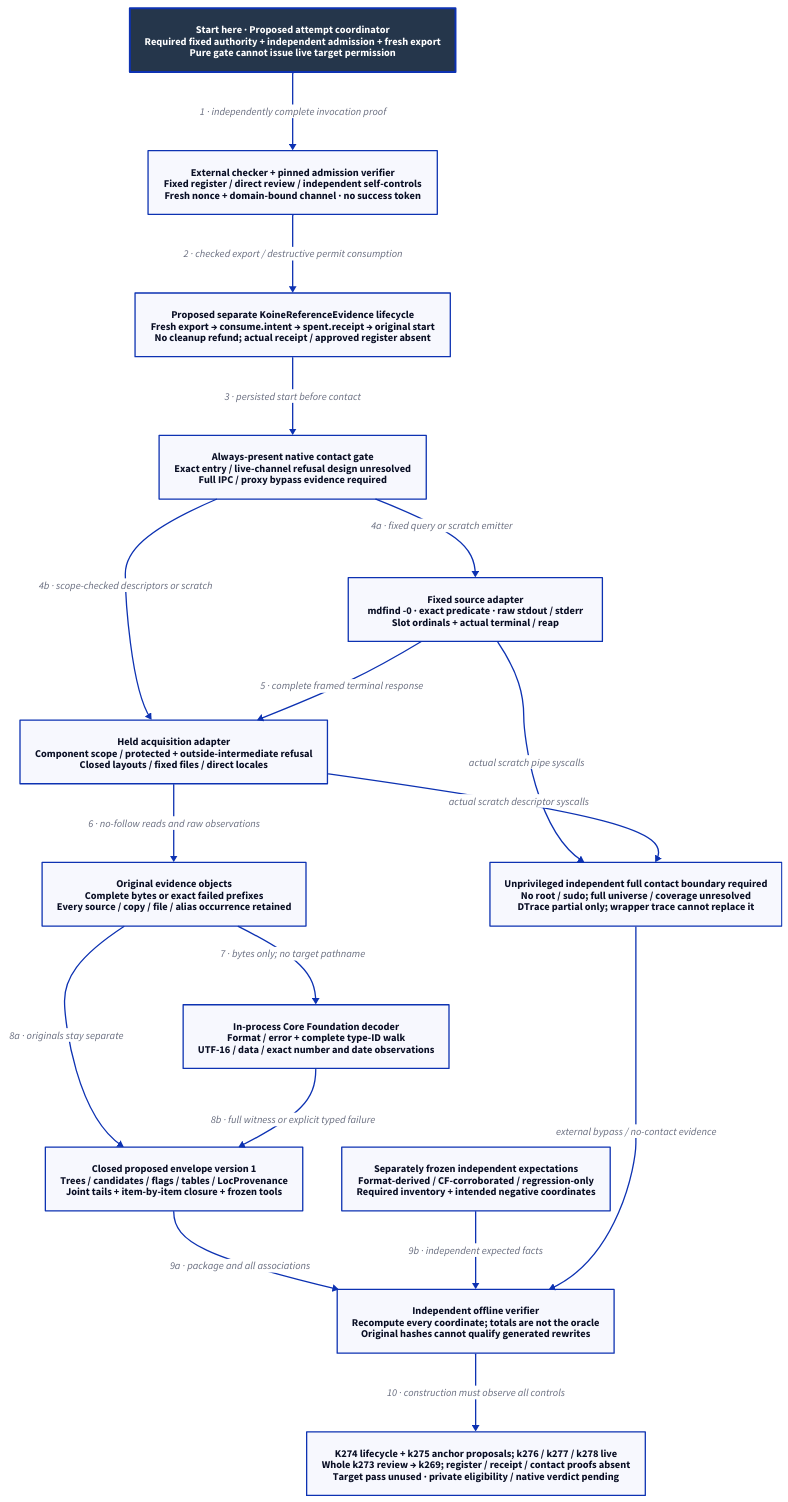
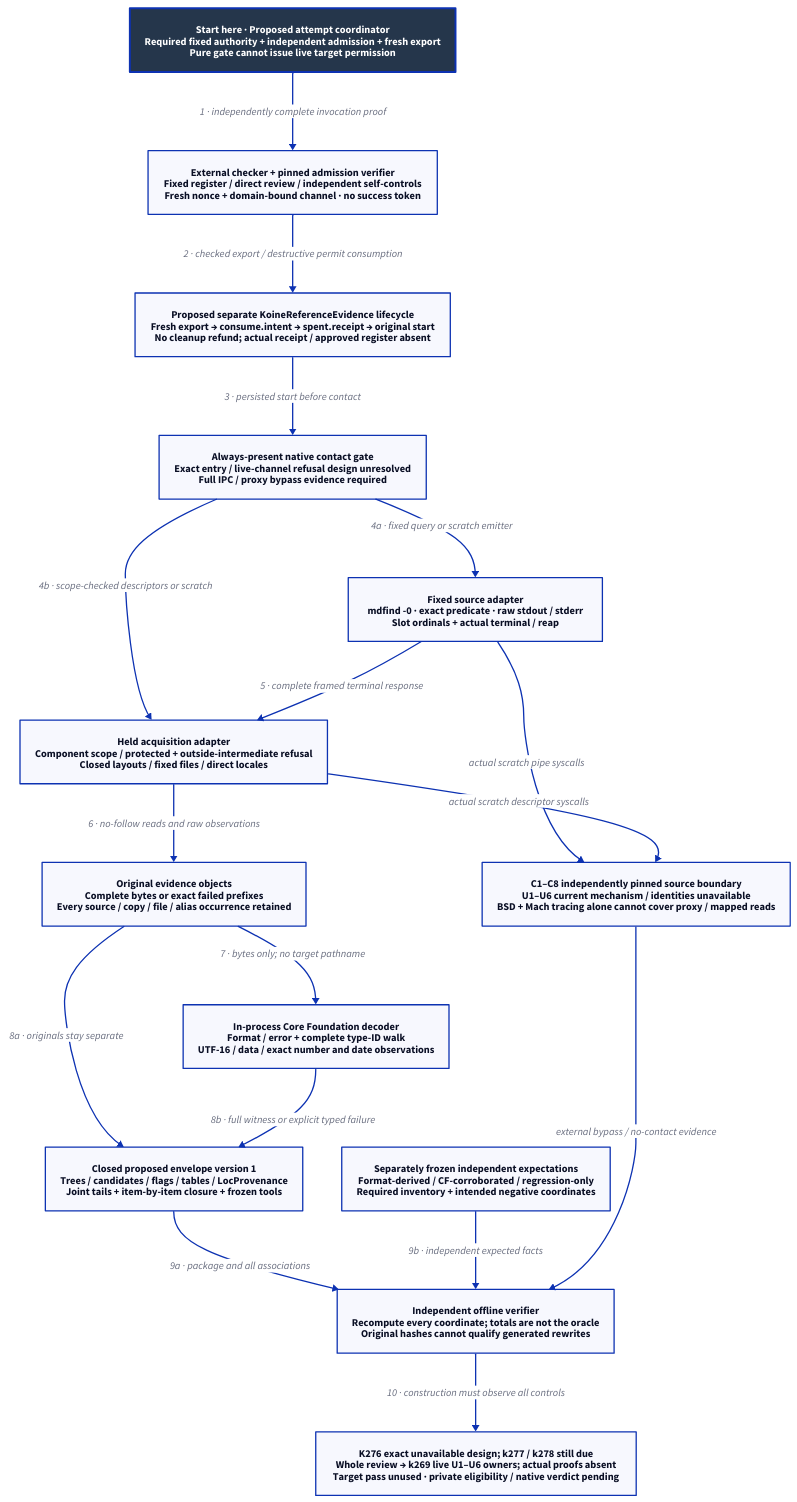
The diagram in docs/design/architecture/native-reference-instrument.d2 (Linkuistics/Koine), drawn with D2 before and after one commit. The commit also changed 28 other files, not shown here.

Commit message:
Design full reference contact boundary (reference-evidence-full-contact-boundary-k276)

```diff
--- a/docs/design/architecture/native-reference-instrument.d2
+++ b/docs/design/architecture/native-reference-instrument.d2
@@ -1,34 +1,34 @@
 # Proposed evidence-tool components; none is implemented or qualified by this design.
 direction: down
 classes: {
   start: {style: {fill: "#25364B"; font-color: "#FFFFFF"; bold: true; stroke-width: 3}}
 }
 Start: "Start here · Proposed attempt coordinator\nRequired fixed authority + independent admission + fresh export\nPure gate cannot issue live target permission" {class: start}
 Admission: "External checker + pinned admission verifier\nFixed register / direct review / independent self-controls\nFresh nonce + domain-bound channel · no success token"
 Authority: "Proposed separate KoineReferenceEvidence lifecycle\nFresh export → consume.intent → spent.receipt → original start\nNo cleanup refund; actual receipt / approved register absent"
 Gate: "Always-present native contact gate\nExact entry / live-channel refusal design unresolved\nFull IPC / proxy bypass evidence required"
 Source: "Fixed source adapter\nmdfind -0 · exact predicate · raw stdout / stderr\nSlot ordinals + actual terminal / reap"
 Held: "Held acquisition adapter\nComponent scope / protected + outside-intermediate refusal\nClosed layouts / fixed files / direct locales"
 Objects: "Original evidence objects\nComplete bytes or exact failed prefixes\nEvery source / copy / file / alias occurrence retained"
 Decoder: "In-process Core Foundation decoder\nFormat / error + complete type-ID walk\nUTF-16 / data / exact number and date observations"
 Envelope: "Closed proposed envelope version 1\nTrees / candidates / flags / tables / LocProvenance\nJoint tails + item-by-item closure + frozen tools"
 Oracle: "Separately frozen independent expectations\nFormat-derived / CF-corroborated / regression-only\nRequired inventory + intended negative coordinates"
-Observer: "Unprivileged independent full contact boundary required\nNo root / sudo; full universe / coverage unresolved\nDTrace partial only; wrapper trace cannot replace it"
+Observer: "C1–C8 independently pinned source boundary\nU1–U6 current mechanism / identities unavailable\nBSD + Mach tracing alone cannot cover proxy / mapped reads"
 Verifier: "Independent offline verifier\nRecompute every coordinate; totals are not the oracle\nOriginal hashes cannot qualify generated rewrites"
-Boundary: "K274 lifecycle + k275 anchor proposals; k276 / k277 / k278 live\nWhole k273 review → k269; register / receipt / contact proofs absent\nTarget pass unused · private eligibility / native verdict pending"
+Boundary: "K276 exact unavailable design; k277 / k278 still due\nWhole review → k269 live U1–U6 owners; actual proofs absent\nTarget pass unused · private eligibility / native verdict pending"
 Start -> Admission: "1 · independently complete invocation proof"
 Admission -> Authority: "2 · checked export / destructive permit consumption"
 Authority -> Gate: "3 · persisted start before contact"
 Gate -> Source: "4a · fixed query or scratch emitter"
 Gate -> Held: "4b · scope-checked descriptors or scratch"
 Source -> Held: "5 · complete framed terminal response"
 Held -> Objects: "6 · no-follow reads and raw observations"
 Objects -> Decoder: "7 · bytes only; no target pathname"
 Objects -> Envelope: "8a · originals stay separate"
 Decoder -> Envelope: "8b · full witness or explicit typed failure"
 Envelope -> Verifier: "9a · package and all associations"
 Oracle -> Verifier: "9b · independent expected facts"
 Source -> Observer: "actual scratch pipe syscalls"
 Held -> Observer: "actual scratch descriptor syscalls"
 Observer -> Verifier: "external bypass / no-contact evidence"
 Verifier -> Boundary: "10 · construction must observe all controls"
```
